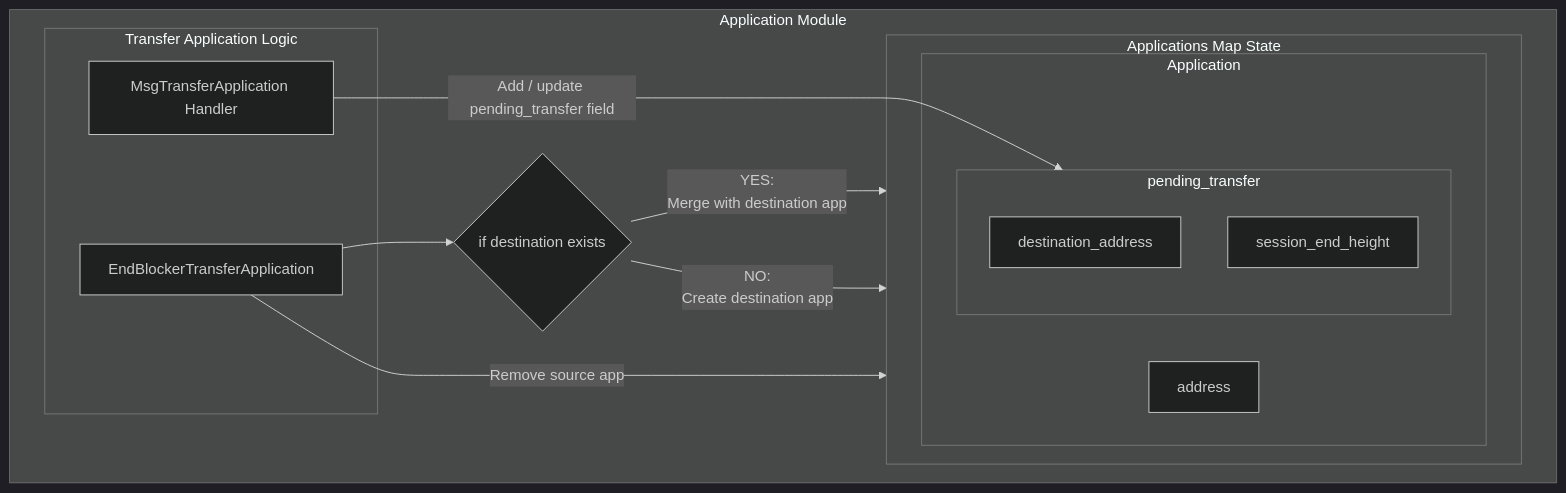
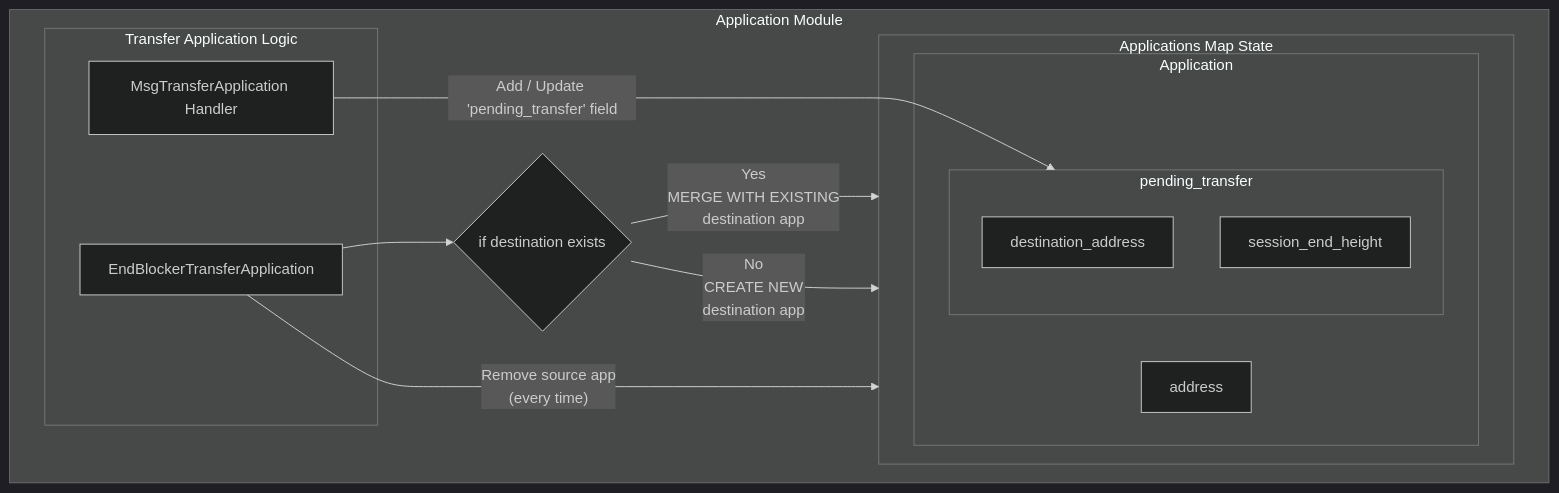
The second of 2 diagrams in docusaurus/docs/operate/user_guide/app-transfer.md (pokt-network/poktroll), drawn with Mermaid (dark theme) before and after one commit. The commit also changed other lines of this file, not shown here.

````diff
--- a/docusaurus/docs/operate/user_guide/app-transfer.md
+++ b/docusaurus/docs/operate/user_guide/app-transfer.md
@@ -61,28 +62,28 @@
 ```mermaid
 flowchart TD
 subgraph appm["Application Module"]
     subgraph th[Transfer Application Logic]
         th_begin[MsgTransferApplication Handler]
         th_end[EndBlockerTransferApplication]
     end
 
     subgraph app_map["Applications Map State"]
         subgraph app[Application]
             srcaddr["address"]
             subgraph pt[pending_transfer]
                 dstaddr[destination_address]
                 seh[session_end_height]
             end
         end
     end
 
     if_dst_exists{if destination exists}
 end
 
-th_begin --> |Add / update pending_transfer field| pt
+th_begin --> |Add / Update 'pending_transfer' field| pt
 th_end --> if_dst_exists
-if_dst_exists --> |YES:<br>Merge with destination app| app_map
-if_dst_exists --> |NO:<br>Create destination app| app_map
+if_dst_exists --> |Yes <br> MERGE WITH EXISTING <br> destination app| app_map
+if_dst_exists --> |No <br> CREATE NEW <br>destination app| app_map
 
-th_end --> |Remove source app| app_map
+th_end --> |"Remove source app <br> (every time)"| app_map
 ```
````
